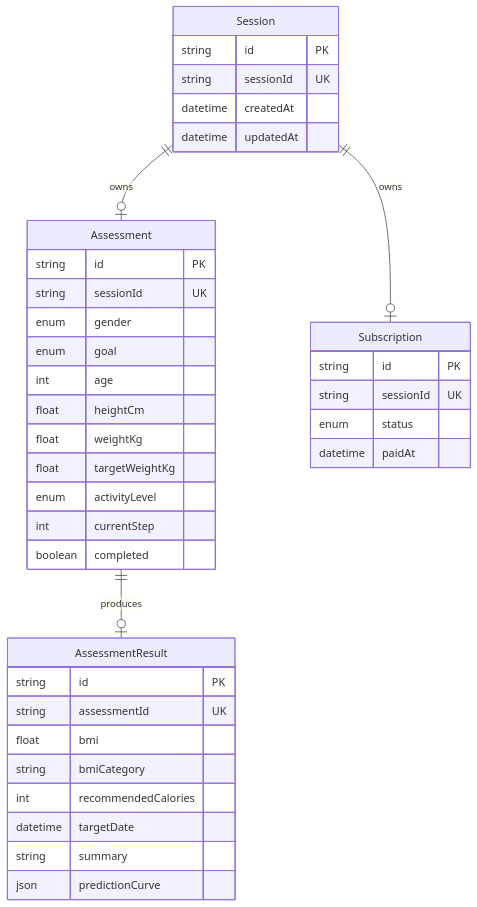
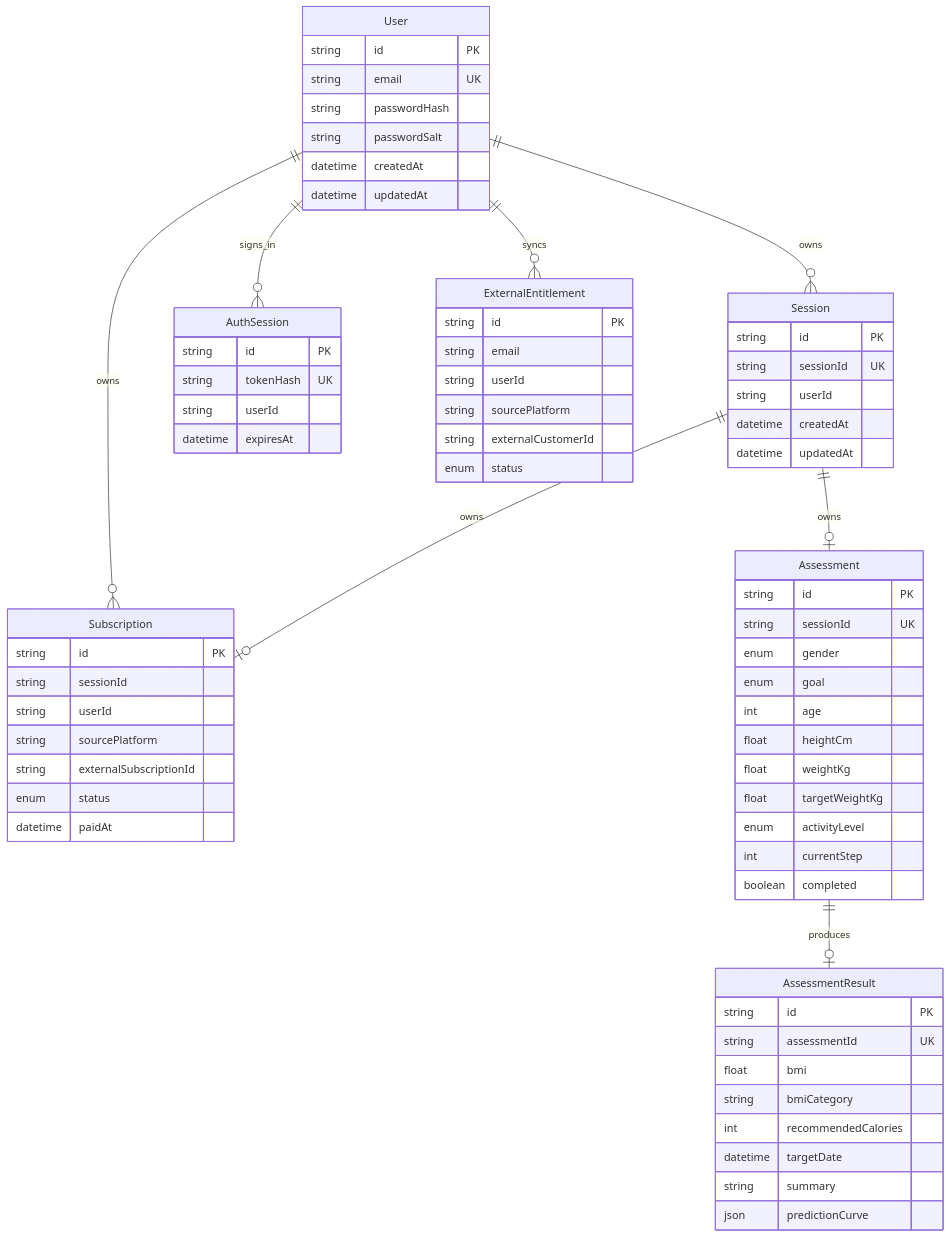
The diagram in README.md (knowledgeFrame/health-quiz-challenge), drawn with Mermaid before and after one commit. The commit also changed other lines of this file and 2 other files, not shown here.

Commit message:
Document real login entitlement flow

````diff
--- a/README.md
+++ b/README.md
@@ -113,45 +160,78 @@
 ```mermaid
 erDiagram
+  User ||--o{ Session : owns
+  User ||--o{ AuthSession : signs_in
+  User ||--o{ Subscription : owns
+  User ||--o{ ExternalEntitlement : syncs
   Session ||--o| Assessment : owns
   Session ||--o| Subscription : owns
   Assessment ||--o| AssessmentResult : produces
 
+  User {
+    string id PK
+    string email UK
+    string passwordHash
+    string passwordSalt
+    datetime createdAt
+    datetime updatedAt
+  }
+
   Session {
     string id PK
     string sessionId UK
+    string userId
     datetime createdAt
     datetime updatedAt
   }
 
   Assessment {
     string id PK
     string sessionId UK
     enum gender
     enum goal
     int age
     float heightCm
     float weightKg
     float targetWeightKg
     enum activityLevel
     int currentStep
     boolean completed
   }
 
   AssessmentResult {
     string id PK
     string assessmentId UK
     float bmi
     string bmiCategory
     int recommendedCalories
     datetime targetDate
     string summary
     json predictionCurve
   }
 
   Subscription {
     string id PK
-    string sessionId UK
+    string sessionId
+    string userId
+    string sourcePlatform
+    string externalSubscriptionId
     enum status
     datetime paidAt
   }
+
+  AuthSession {
+    string id PK
+    string tokenHash UK
+    string userId
+    datetime expiresAt
+  }
+
+  ExternalEntitlement {
+    string id PK
+    string email
+    string userId
+    string sourcePlatform
+    string externalCustomerId
+    enum status
+  }
 ```
````
